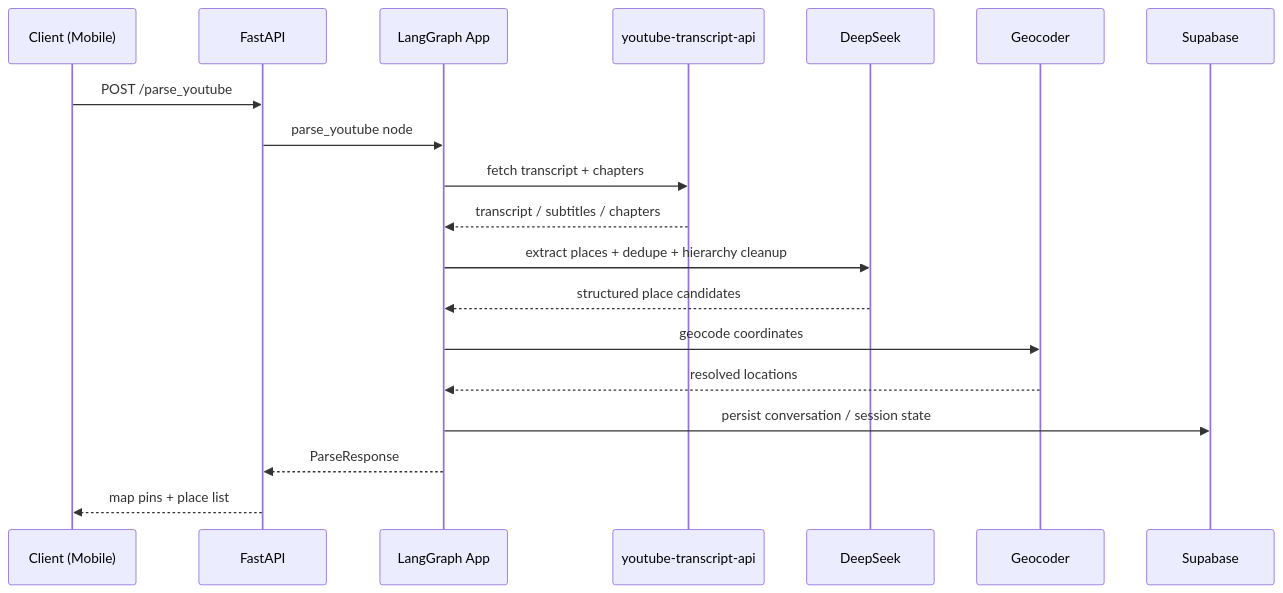
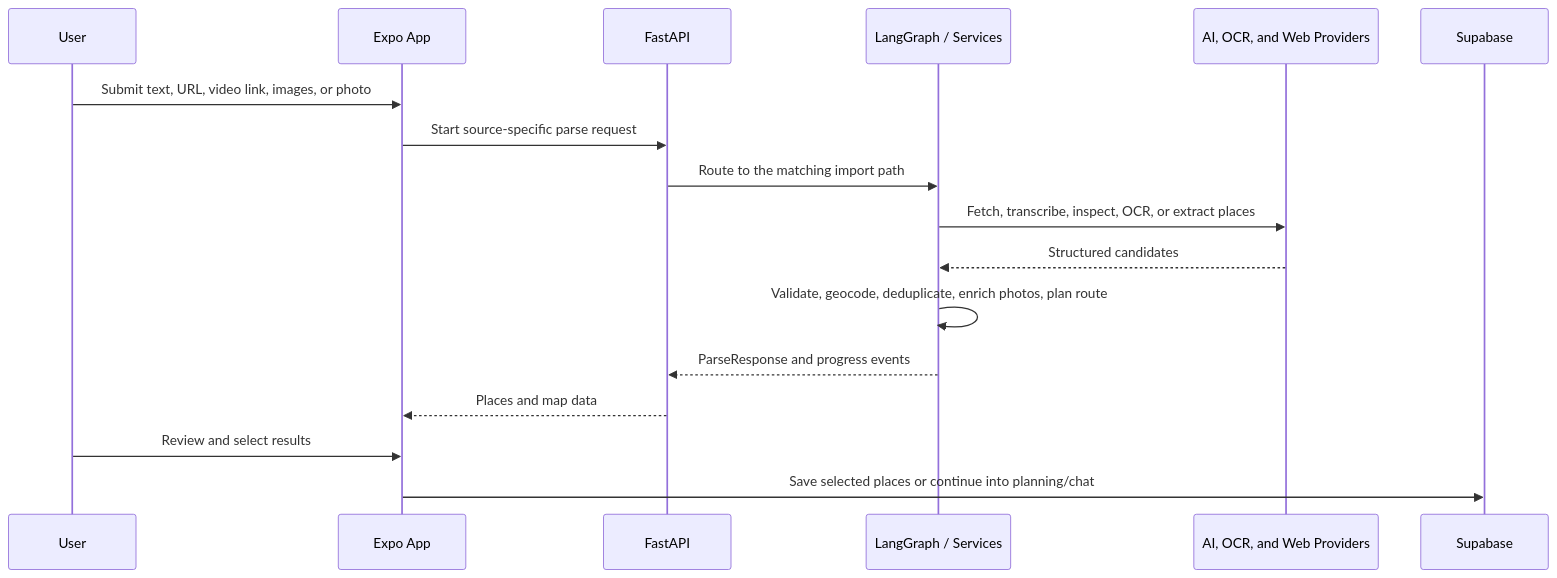
The second of 3 diagrams in README.md (zjwang168/atlas-mobile), drawn with Mermaid before and after one commit. The commit also changed other lines of this file and 4 other files, not shown here.

````diff
--- a/README.md
+++ b/README.md
@@ -401,22 +102,20 @@
 ```mermaid
 sequenceDiagram
-    participant C as Client (Mobile)
+    participant U as User
+    participant A as Expo App
     participant API as FastAPI
-    participant LG as LangGraph App
-    participant YT as youtube-transcript-api
-    participant DS as DeepSeek
-    participant GEO as Geocoder
+    participant G as LangGraph / Services
+    participant X as AI, OCR, and Web Providers
     participant DB as Supabase
 
-    C->>API: POST /parse_youtube
-    API->>LG: parse_youtube node
-    LG->>YT: fetch transcript + chapters
-    YT-->>LG: transcript / subtitles / chapters
-    LG->>DS: extract places + dedupe + hierarchy cleanup
-    DS-->>LG: structured place candidates
-    LG->>GEO: geocode coordinates
-    GEO-->>LG: resolved locations
-    LG->>DB: persist conversation / session state
-    LG-->>API: ParseResponse
-    API-->>C: map pins + place list
+    U->>A: Submit text, URL, video link, images, or photo
+    A->>API: Start source-specific parse request
+    API->>G: Route to the matching import path
+    G->>X: Fetch, transcribe, inspect, OCR, or extract places
+    X-->>G: Structured candidates
+    G->>G: Validate, geocode, deduplicate, enrich photos, plan route
+    G-->>API: ParseResponse and progress events
+    API-->>A: Places and map data
+    U->>A: Review and select results
+    A->>DB: Save selected places or continue into planning/chat
 ```
````
